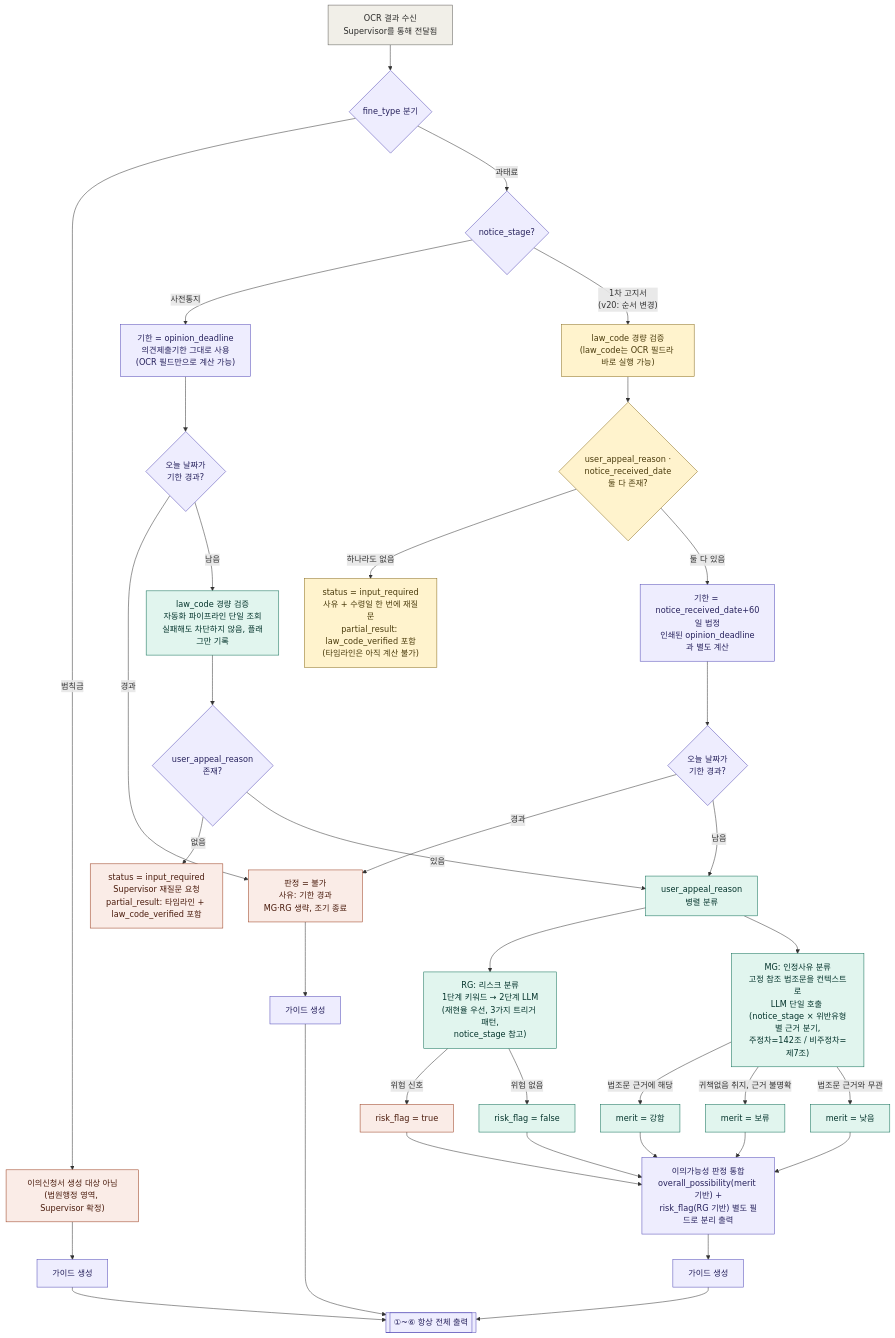
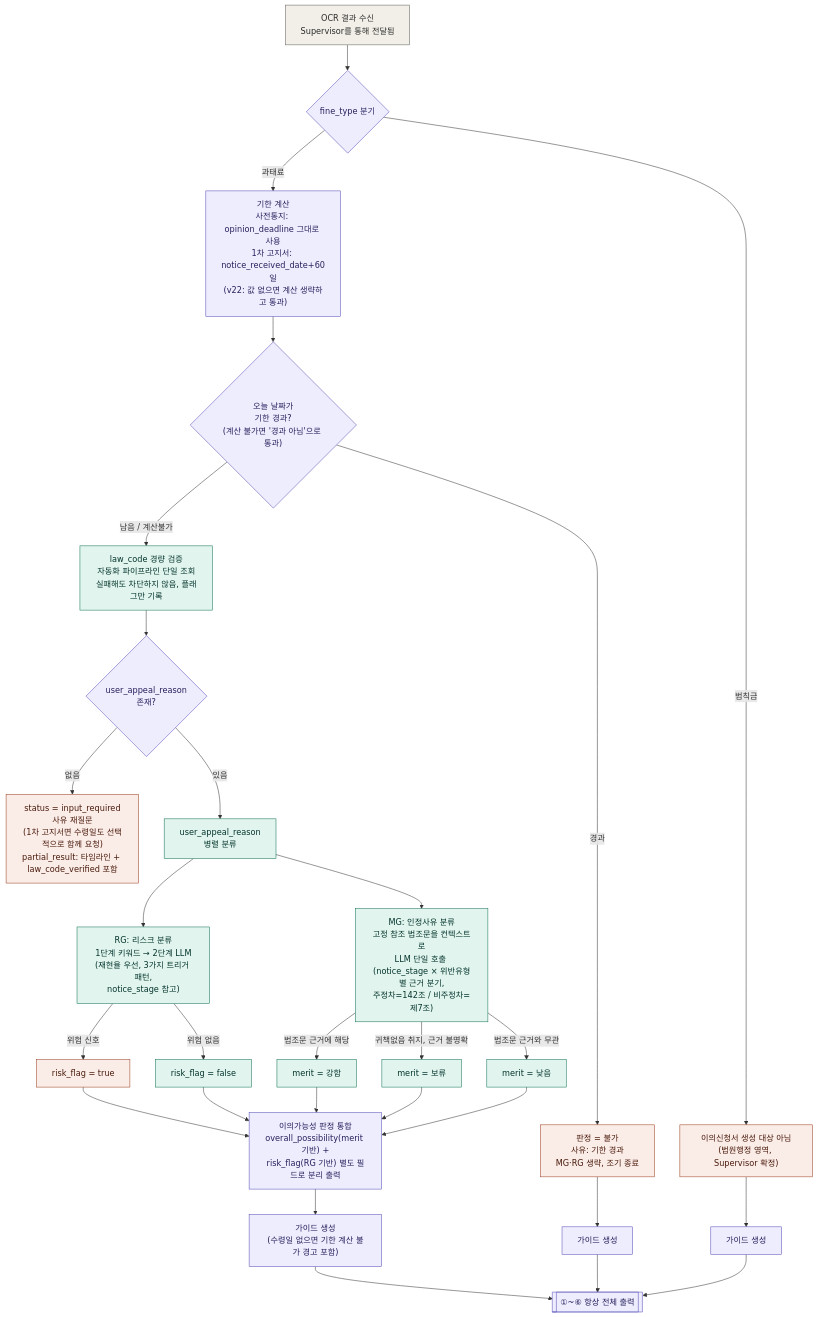
Before and after one commit to SKNETWORKS-FAMILY-AICAMP/SKN27-FINAL-3Team: the first of 2 diagrams in 설계문서/이의가능성_판단_에이전트_설계정리.md, drawn with Mermaid. The commit also changed other lines of this file and 10 other files, not shown here.

````diff
--- a/설계문서/이의가능성_판단_에이전트_설계정리.md
+++ b/설계문서/이의가능성_판단_에이전트_설계정리.md
@@ -28,66 +28,52 @@
 ```mermaid
 flowchart TD
     A["OCR 결과 수신<br/>Supervisor를 통해 전달됨"]
     A --> B{"fine_type 분기"}
 
     B -->|"범칙금"| D["이의신청서 생성 대상 아님<br/>(법원행정 영역, Supervisor 확정)"]
-    B -->|"과태료"| ST{"notice_stage?"}
+    B -->|"과태료"| DL["기한 계산<br/>사전통지: opinion_deadline 그대로 사용<br/>1차 고지서: notice_received_date+60일<br/>(v22: 값 없으면 계산 생략하고 통과)"]
 
-    %% --- 사전통지 경로: opinion_deadline이 OCR 필드라 DCHK를 바로 계산 가능 (기존 순서 유지) ---
-    ST -->|"사전통지"| DL1["기한 = opinion_deadline<br/>의견제출기한 그대로 사용<br/>(OCR 필드만으로 계산 가능)"]
-    DL1 --> DCHK_A{"오늘 날짜가<br/>기한 경과?"}
-    DCHK_A -->|"경과"| DENY["판정 = 불가<br/>사유: 기한 경과<br/>MG·RG 생략, 조기 종료"]
-    DCHK_A -->|"남음"| LDB_CHECK["law_code 경량 검증<br/>자동화 파이프라인 단일 조회<br/>실패해도 차단하지 않음, 플래그만 기록"]
+    DL --> DCHK{"오늘 날짜가<br/>기한 경과?<br/>(계산 불가면 '경과 아님'으로 통과)"}
+    DCHK -->|"경과"| DENY["판정 = 불가<br/>사유: 기한 경과<br/>MG·RG 생략, 조기 종료"]
+    DCHK -->|"남음 / 계산불가"| LDB_CHECK["law_code 경량 검증<br/>자동화 파이프라인 단일 조회<br/>실패해도 차단하지 않음, 플래그만 기록"]
     LDB_CHECK --> CHK_REASON{"user_appeal_reason<br/>존재?"}
-    CHK_REASON -->|"없음"| INPUT_REQ["status = input_required<br/>Supervisor 재질문 요청<br/>partial_result: 타임라인 + law_code_verified 포함"]
+    CHK_REASON -->|"없음"| INPUT_REQ["status = input_required<br/>사유 재질문<br/>(1차 고지서면 수령일도 선택적으로 함께 요청)<br/>partial_result: 타임라인 + law_code_verified 포함"]
     CHK_REASON -->|"있음"| PARALLEL["user_appeal_reason<br/>병렬 분류"]
-
-    %% --- 1차 고지서 경로 (v20): notice_received_date가 Supervisor 공급 필드라
-    %%     DCHK 계산 자체가 불가능하므로, 필드 존재 확인을 DCHK보다 앞으로 옮김 ---
-    ST -->|"1차 고지서<br/>(v20: 순서 변경)"| LDB_CHECK2["law_code 경량 검증<br/>(law_code는 OCR 필드라 바로 실행 가능)"]
-    LDB_CHECK2 --> CHK_FIELDS{"user_appeal_reason ·<br/>notice_received_date<br/>둘 다 존재?"}
-    CHK_FIELDS -->|"하나라도 없음"| INPUT_REQ2["status = input_required<br/>사유 + 수령일 한 번에 재질문<br/>partial_result: law_code_verified 포함<br/>(타임라인은 아직 계산 불가)"]
-    CHK_FIELDS -->|"둘 다 있음"| DL2["기한 = notice_received_date+60일 법정<br/>인쇄된 opinion_deadline과 별도 계산"]
-    DL2 --> DCHK_B{"오늘 날짜가<br/>기한 경과?"}
-    DCHK_B -->|"경과"| DENY
-    DCHK_B -->|"남음"| PARALLEL
 
     PARALLEL --> RG["RG: 리스크 분류<br/>1단계 키워드 → 2단계 LLM<br/>(재현율 우선, 3가지 트리거 패턴,<br/>notice_stage 참고)"]
     PARALLEL --> MG["MG: 인정사유 분류<br/>고정 참조 법조문을 컨텍스트로<br/>LLM 단일 호출 (notice_stage × 위반유형별 근거 분기,<br/>주정차=142조 / 비주정차=제7조)"]
 
     RG -->|"위험 신호"| RISK["risk_flag = true"]
     RG -->|"위험 없음"| SAFE["risk_flag = false"]
 
     MG -->|"법조문 근거에 해당"| M_HIGH["merit = 강함"]
     MG -->|"귀책없음 취지, 근거 불명확"| M_HOLD["merit = 보류"]
     MG -->|"법조문 근거와 무관"| M_LOW["merit = 낮음"]
 
     RISK & SAFE & M_HIGH & M_HOLD & M_LOW --> E["이의가능성 판정 통합<br/>overall_possibility(merit 기반) +<br/>risk_flag(RG 기반) 별도 필드로 분리 출력"]
 
     DENY --> G2["가이드 생성"]
-    E --> G["가이드 생성"]
+    E --> G["가이드 생성<br/>(수령일 없으면 기한 계산 불가 경고 포함)"]
     D --> G3["가이드 생성"]
 
     G & G2 & G3 --> GOUT[["①~⑥ 항상 전체 출력"]]
 
     classDef input fill:#F1EFE8,stroke:#5F5E5A,color:#2C2C2A;
     classDef decision fill:#EEEDFE,stroke:#534AB7,color:#26215C;
     classDef track fill:#E1F5EE,stroke:#0F6E56,color:#04342C;
     classDef risk fill:#FAECE7,stroke:#993C1D,color:#4A1B0C;
     classDef safe fill:#E1F5EE,stroke:#0F6E56,color:#04342C;
     classDef output fill:#EEEDFE,stroke:#534AB7,color:#26215C;
     classDef excluded fill:#FAECE7,stroke:#993C1D,color:#4A1B0C;
-    classDef new fill:#FFF3CD,stroke:#8A6D1D,color:#4A3B0C;
 
     class A input;
-    class B,ST,DCHK_A,DCHK_B,CHK_REASON decision;
-    class DL1,DL2 decision;
+    class B,DCHK,CHK_REASON decision;
+    class DL decision;
     class PARALLEL,RG,MG track;
     class D,DENY,INPUT_REQ excluded;
     class LDB_CHECK track;
     class RISK risk;
     class SAFE,M_HIGH safe;
     class M_HOLD,M_LOW track;
     class E,G,G2,G3,GOUT output;
-    class LDB_CHECK2,CHK_FIELDS,INPUT_REQ2 new;
 ```
````
